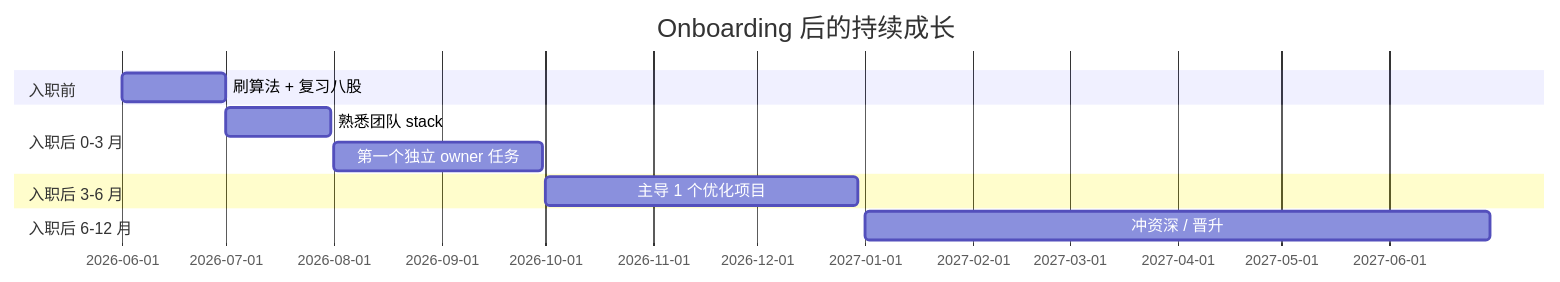
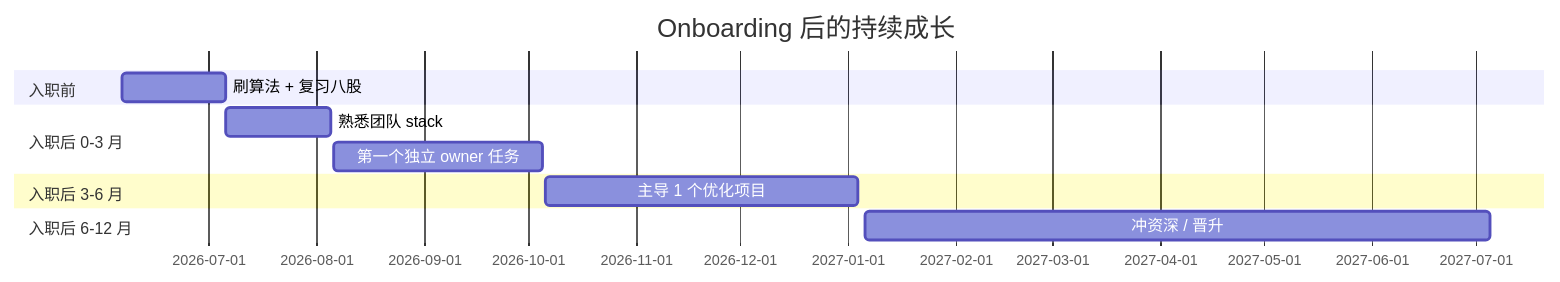
The eighth of 8 diagrams in 08-job-strategy.md (Xuefei-Zhang/llm-infer-journey), drawn with Mermaid before and after one commit. The commit also changed other lines of this file and 11 other files, not shown here.

````diff
--- a/08-job-strategy.md
+++ b/08-job-strategy.md
@@ -317,14 +317,14 @@
 ```mermaid
 gantt
     title Onboarding 后的持续成长
     dateFormat YYYY-MM-DD
     section 入职前
-    刷算法 + 复习八股       :2026-06-01, 30d
+    刷算法 + 复习八股       :2026-06-06, 30d
     section 入职后 0-3 月
-    熟悉团队 stack          :2026-07-01, 30d
-    第一个独立 owner 任务   :2026-08-01, 60d
+    熟悉团队 stack          :2026-07-06, 30d
+    第一个独立 owner 任务   :2026-08-06, 60d
     section 入职后 3-6 月
-    主导 1 个优化项目        :2026-10-01, 90d
+    主导 1 个优化项目        :2026-10-06, 90d
     section 入职后 6-12 月
-    冲资深 / 晋升            :2027-01-01, 180d
+    冲资深 / 晋升            :2027-01-06, 180d
 ```
````
